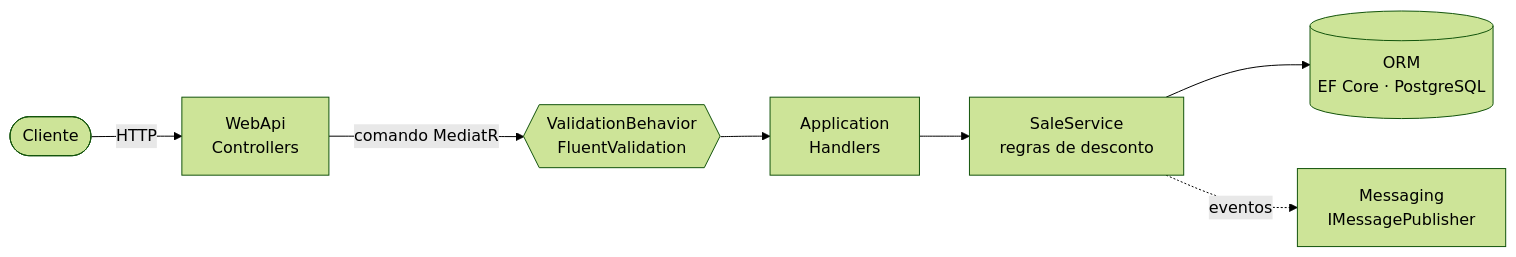
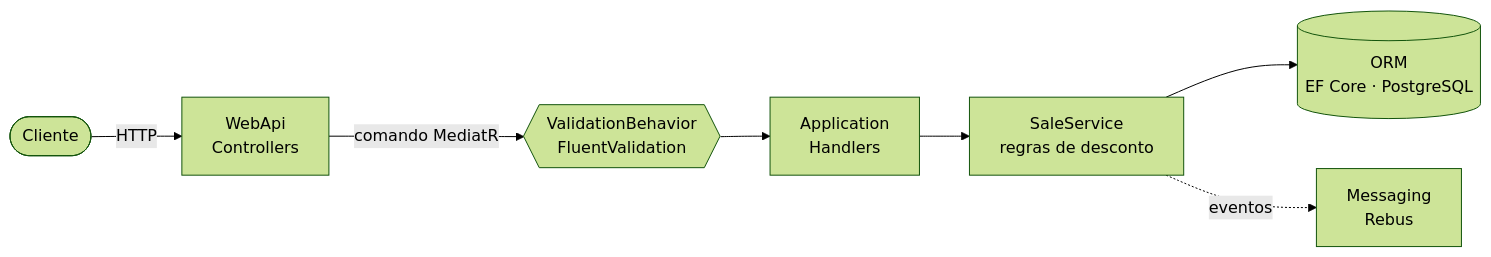
One commit to rodrigoBrandaoDeSouza/mounts-challenge changed the diagram in template/backend/README.md. Above: the diagram before and after it, drawn with Mermaid (forest theme). The commit also changed other lines of this file and 245 other files, not shown here.

````diff
--- a/template/backend/README.md
+++ b/template/backend/README.md
@@ -185,9 +247,9 @@
 ```mermaid
 flowchart LR
     C([Cliente]) -->|HTTP| API[WebApi<br/>Controllers]
     API -->|comando MediatR| VB{{ValidationBehavior<br/>FluentValidation}}
     VB --> H[Application<br/>Handlers]
     H --> S[SaleService<br/>regras de desconto]
     S --> R[(ORM<br/>EF Core · PostgreSQL)]
-    S -.->|eventos| M[Messaging<br/>IMessagePublisher]
+    S -.->|eventos| M[Messaging<br/>Rebus]
 ```
````
